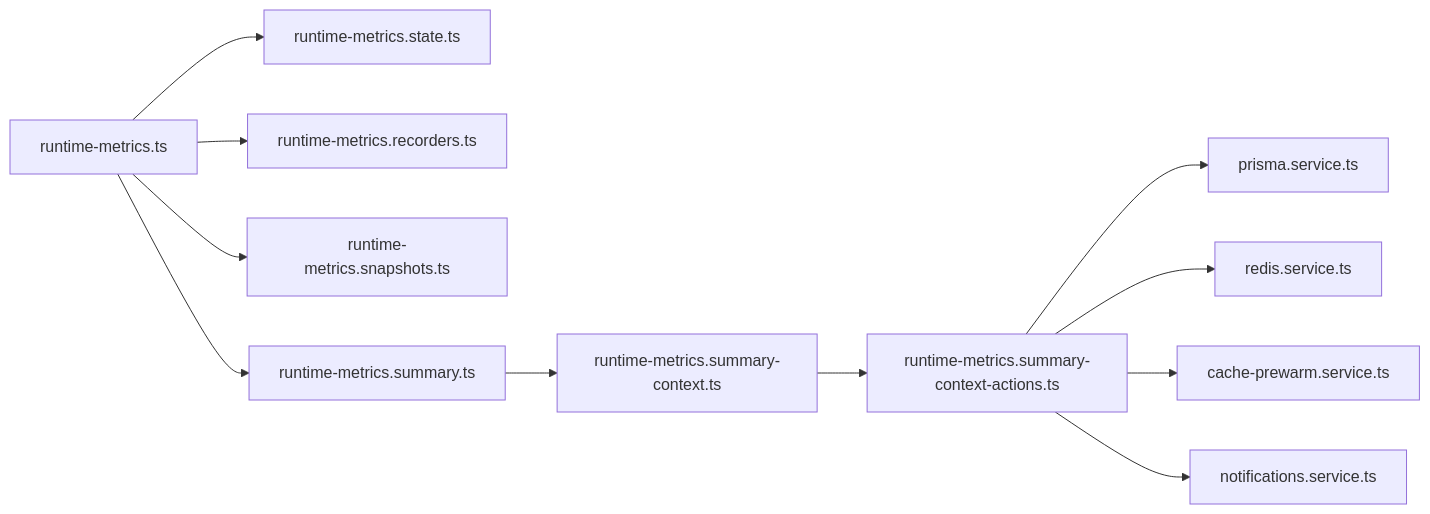
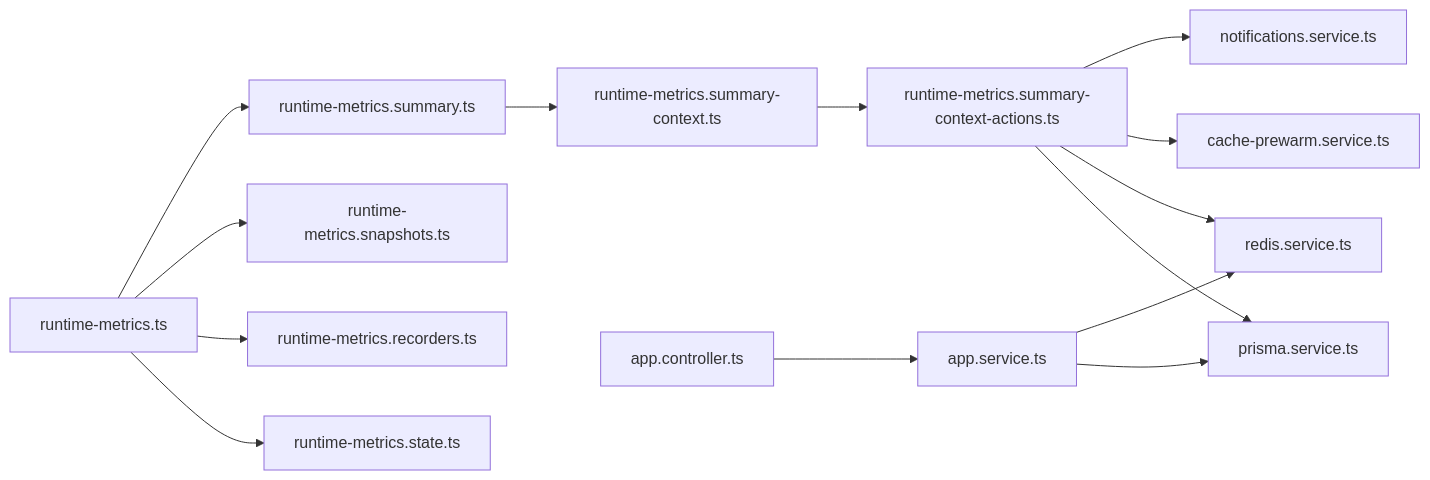
Before and after one commit to rc558620/purelyprofit-server: diagram 11 of 11 in .qoder/repowiki/zh/content/可观测性系统/可观测性系统.md, drawn with Mermaid. The commit also changed other lines of this file and 26 other files, not shown here.

````diff
--- a/.qoder/repowiki/zh/content/可观测性系统/可观测性系统.md
+++ b/.qoder/repowiki/zh/content/可观测性系统/可观测性系统.md
@@ -504,13 +633,16 @@
 ```mermaid
 graph LR
 RM["runtime-metrics.ts"] --> RS["runtime-metrics.state.ts"]
 RM --> RR["runtime-metrics.recorders.ts"]
 RM --> RSP["runtime-metrics.snapshots.ts"]
 RM --> RMS["runtime-metrics.summary.ts"]
 RMS --> RC["runtime-metrics.summary-context.ts"]
 RC --> RCA["runtime-metrics.summary-context-actions.ts"]
 RCA --> PRISMA["prisma.service.ts"]
 RCA --> REDIS["redis.service.ts"]
 RCA --> CACHE["cache-prewarm.service.ts"]
 RCA --> NOTI["notifications.service.ts"]
+AC["app.controller.ts"] --> AS["app.service.ts"]
+AS --> PRISMA
+AS --> REDIS
 ```
````
